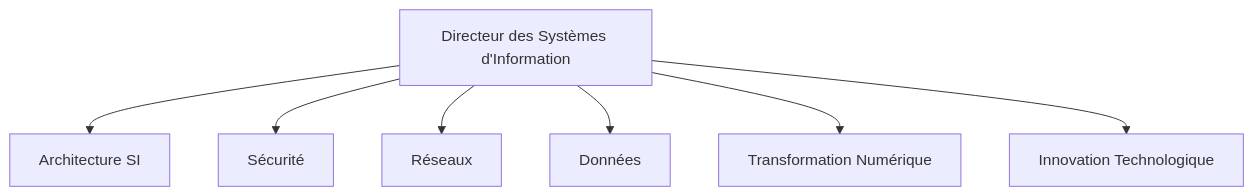
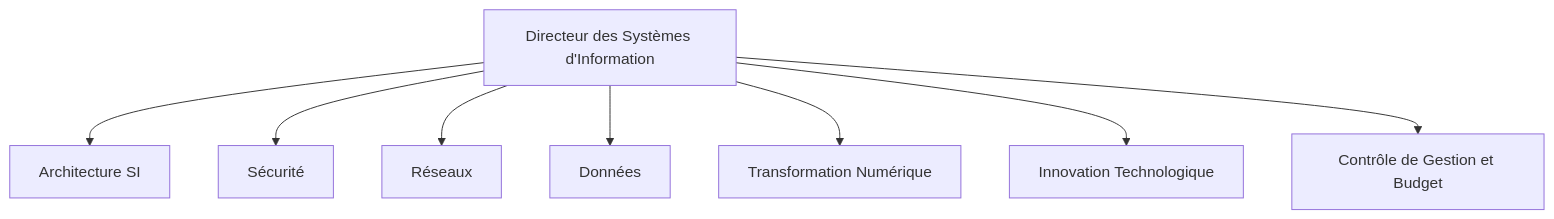
Before and after one commit to sanogotech/preparationCertificationCCNA: the first of 6 diagrams in MetiersArchitectesSI/SchemaArchitectureSystemeInformation.md, drawn with Mermaid.

````diff
--- a/MetiersArchitectesSI/SchemaArchitectureSystemeInformation.md
+++ b/MetiersArchitectesSI/SchemaArchitectureSystemeInformation.md
@@ -45,9 +45,11 @@
 ```mermaid
 graph TD
     A[Directeur des Systèmes d'Information] --> B[Architecture SI]
     A --> C[Sécurité]
     A --> D[Réseaux]
     A --> F[Données]
     A --> G[Transformation Numérique]
     A --> H[Innovation Technologique]
+    A --> I[Contrôle de Gestion et Budget]
+
 ```
````
